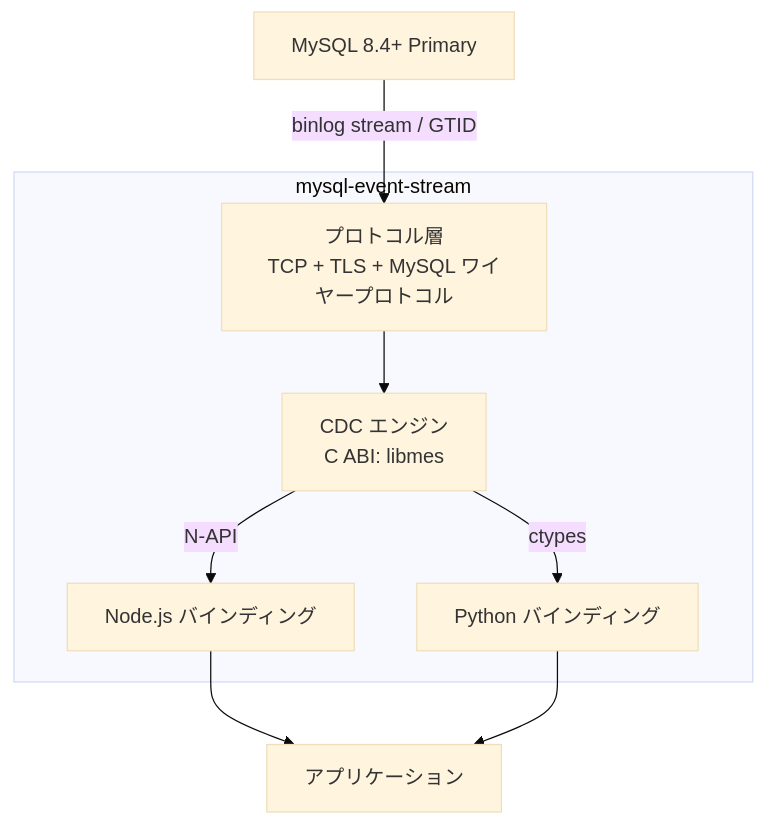
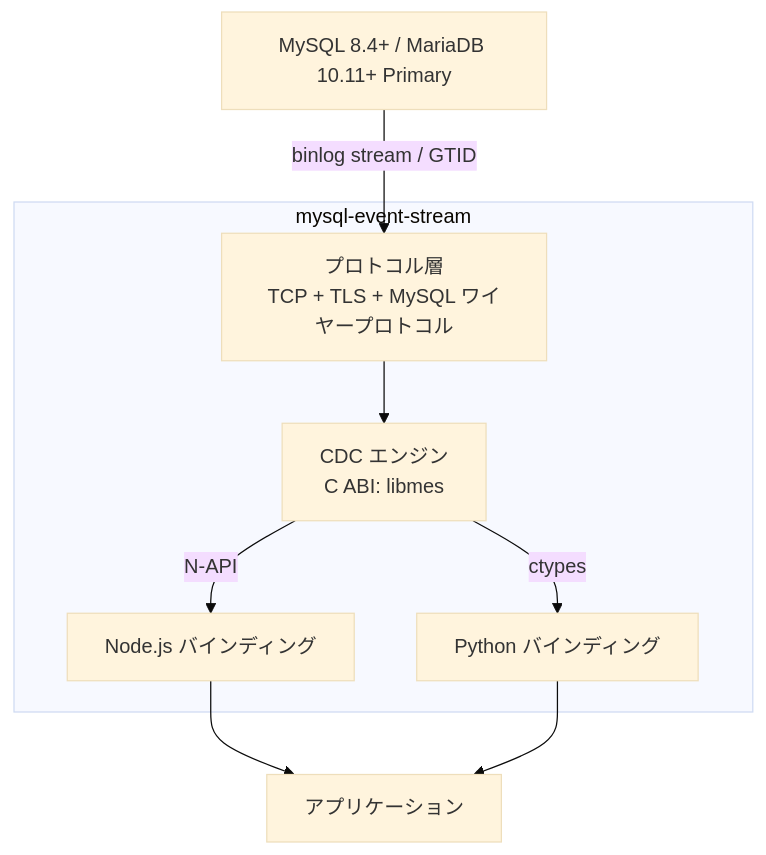
The diagram in README_ja.md (libraz/mysql-event-stream), drawn with Mermaid (base theme) before and after one commit. The commit also changed other lines of this file and 16 other files, not shown here.

````diff
--- a/README_ja.md
+++ b/README_ja.md
@@ -23,13 +24,13 @@
 ```mermaid
 graph TD
-    MySQL[MySQL 8.4+ Primary] -->|binlog stream / GTID| Proto
+    MySQL[MySQL 8.4+ / MariaDB 10.11+ Primary] -->|binlog stream / GTID| Proto
 
     subgraph mysql-event-stream
         Proto[プロトコル層\nTCP + TLS + MySQL ワイヤープロトコル] --> Core[CDC エンジン\nC ABI: libmes]
         Core -->|N-API| Node[Node.js バインディング]
         Core -->|ctypes| Python[Python バインディング]
     end
 
     Node --> App[アプリケーション]
     Python --> App
 ```
````
